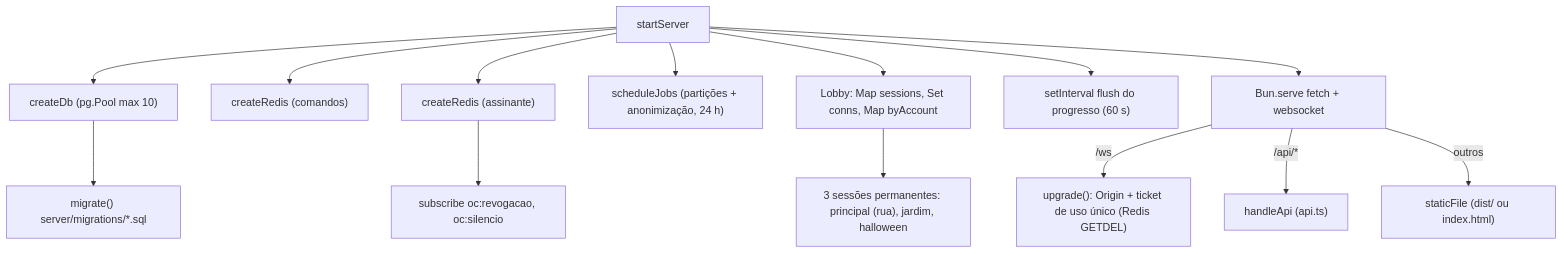
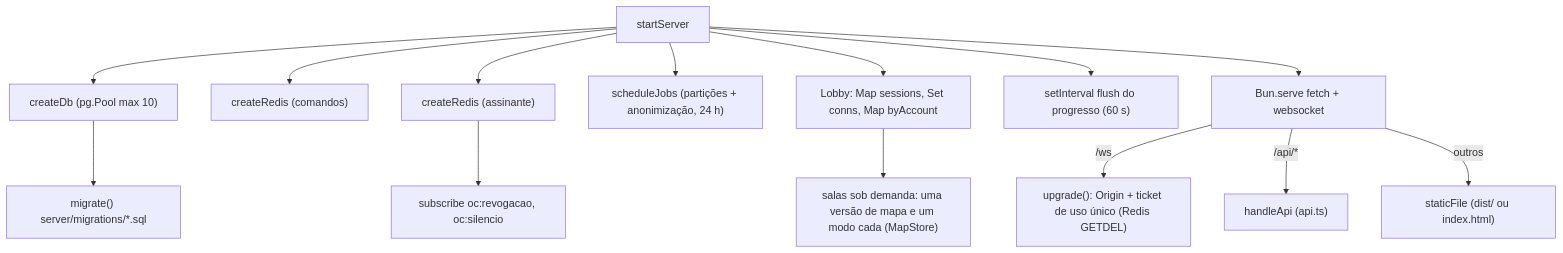
One commit to JPLabussiereF/offensive-combat-reload changed the diagram in Game-Vault/09 - Code Architecture/Server Architecture.md. Above: the diagram before and after it, drawn with Mermaid. The commit also changed other lines of this file and 69 other files, not shown here.

First line of the commit message:
PF-6: documentação da fase 2 (sessões sob demanda, papéis, API de mapas)

````diff
--- a/Game-Vault/09 - Code Architecture/Server Architecture.md
+++ b/Game-Vault/09 - Code Architecture/Server Architecture.md
@@ -52,15 +56,15 @@
 ```mermaid
 flowchart TB
     S[startServer] --> DB["createDb (pg.Pool max 10)"] --> MIG["migrate() server/migrations/*.sql"]
     S --> R1["createRedis (comandos)"]
     S --> R2["createRedis (assinante)"]
     S --> J["scheduleJobs (partições + anonimização, 24 h)"]
     S --> LOB["Lobby: Map sessions, Set conns, Map byAccount"]
-    LOB --> PERM["3 sessões permanentes: principal (rua), jardim, halloween"]
+    LOB --> PERM["salas sob demanda: uma versão de mapa e um modo cada (MapStore)"]
     S --> FL["setInterval flush do progresso (60 s)"]
     R2 --> SUB["subscribe oc:revogacao, oc:silencio"]
     S --> BS["Bun.serve fetch + websocket"]
     BS -->|/ws| UP["upgrade(): Origin + ticket de uso único (Redis GETDEL)"]
     BS -->|/api/*| API["handleApi (api.ts)"]
     BS -->|outros| ST["staticFile (dist/ ou index.html)"]
 ```
````
